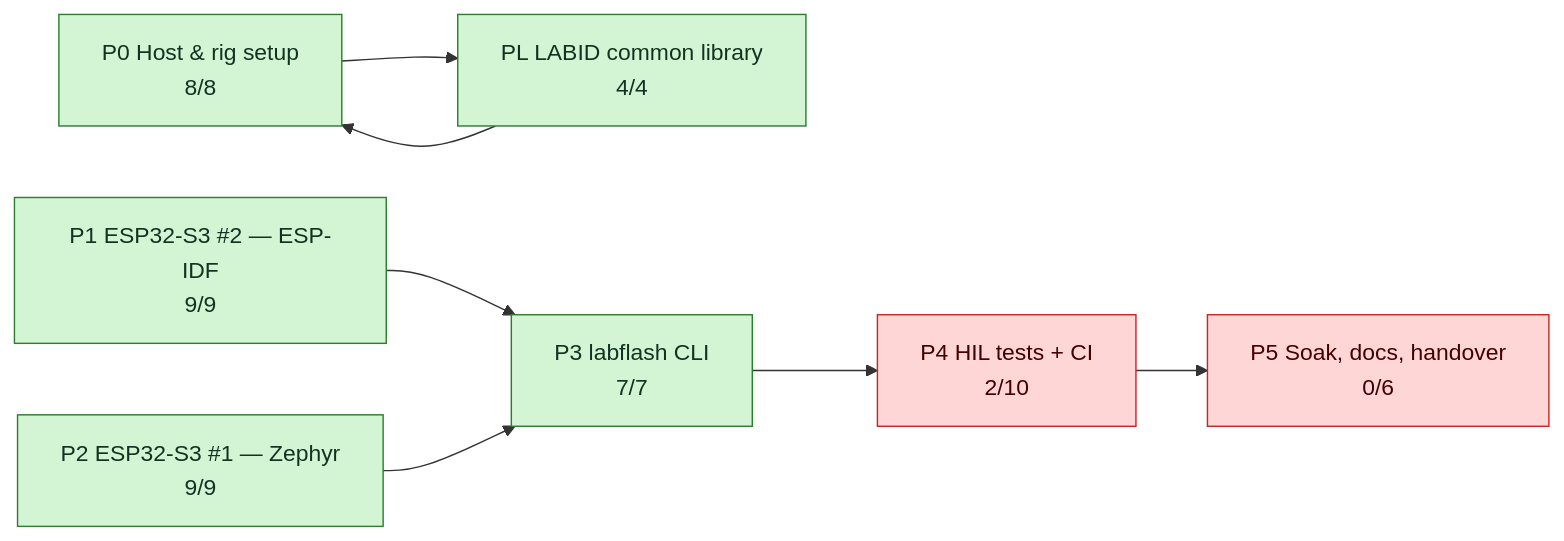
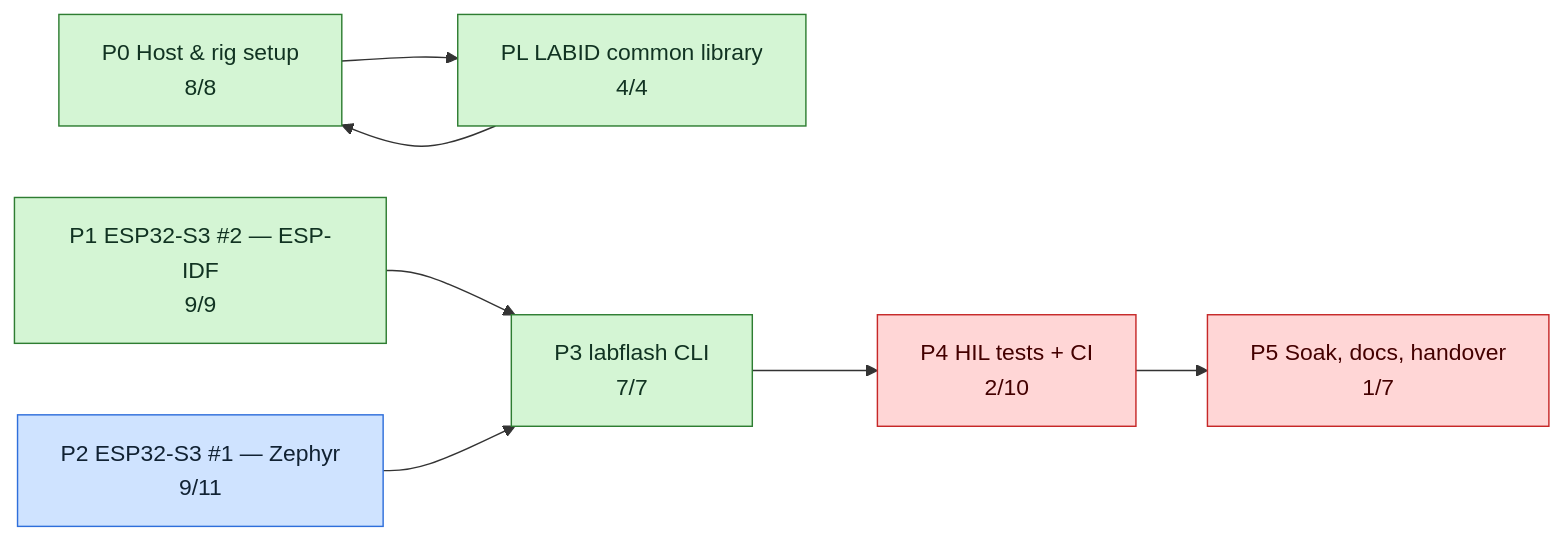
Before and after one commit to mohamed-soubhi/bootlab-esp: the second of 3 diagrams in tickets/TICKETS.md, drawn with Mermaid. The commit also changed other lines of this file and 3 other files, not shown here.

````diff
--- a/tickets/TICKETS.md
+++ b/tickets/TICKETS.md
@@ -36,20 +36,20 @@
 ```mermaid
 flowchart LR
     E0["P0 Host & rig setup<br/>8/8"]:::done
     EL["PL LABID common library<br/>4/4"]:::done
     E1["P1 ESP32-S3 #2 — ESP-IDF<br/>9/9"]:::done
-    E2["P2 ESP32-S3 #1 — Zephyr<br/>9/9"]:::done
+    E2["P2 ESP32-S3 #1 — Zephyr<br/>9/11"]:::doing
     E3["P3 labflash CLI<br/>7/7"]:::done
     E4["P4 HIL tests + CI<br/>2/10"]:::blocked
-    E5["P5 Soak, docs, handover<br/>0/6"]:::blocked
+    E5["P5 Soak, docs, handover<br/>1/7"]:::blocked
     E0 --> EL
     E1 --> E3
     E2 --> E3
     E3 --> E4
     E4 --> E5
     EL --> E0
     classDef todo fill:#eeeeee,stroke:#999,color:#333
     classDef doing fill:#cfe3ff,stroke:#2f6fdb,color:#123
     classDef blocked fill:#ffd6d6,stroke:#c62828,color:#400
     classDef done fill:#d4f5d4,stroke:#2e7d32,color:#132
 ```
````
